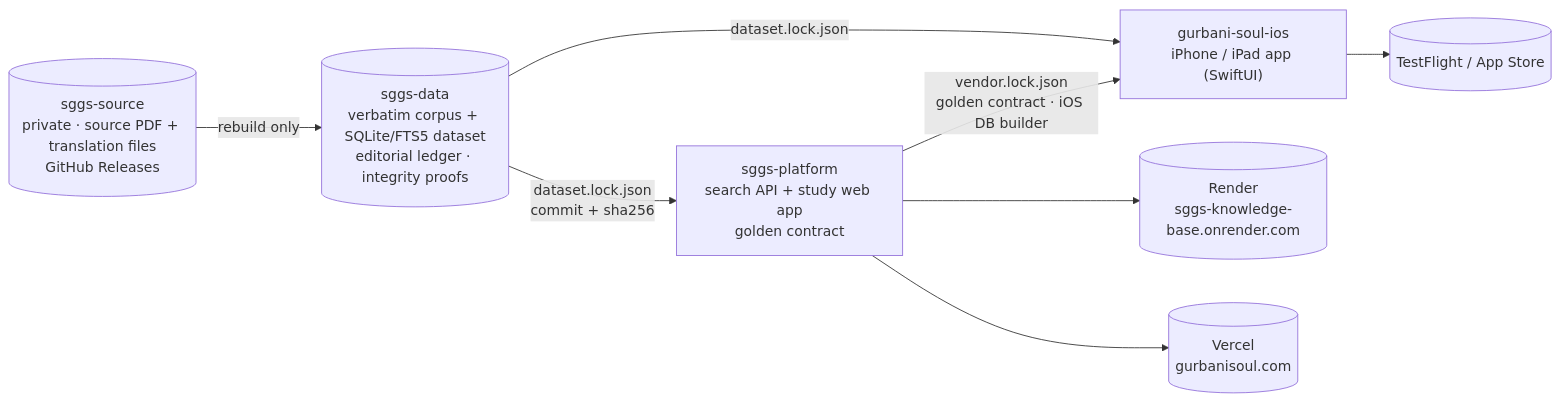
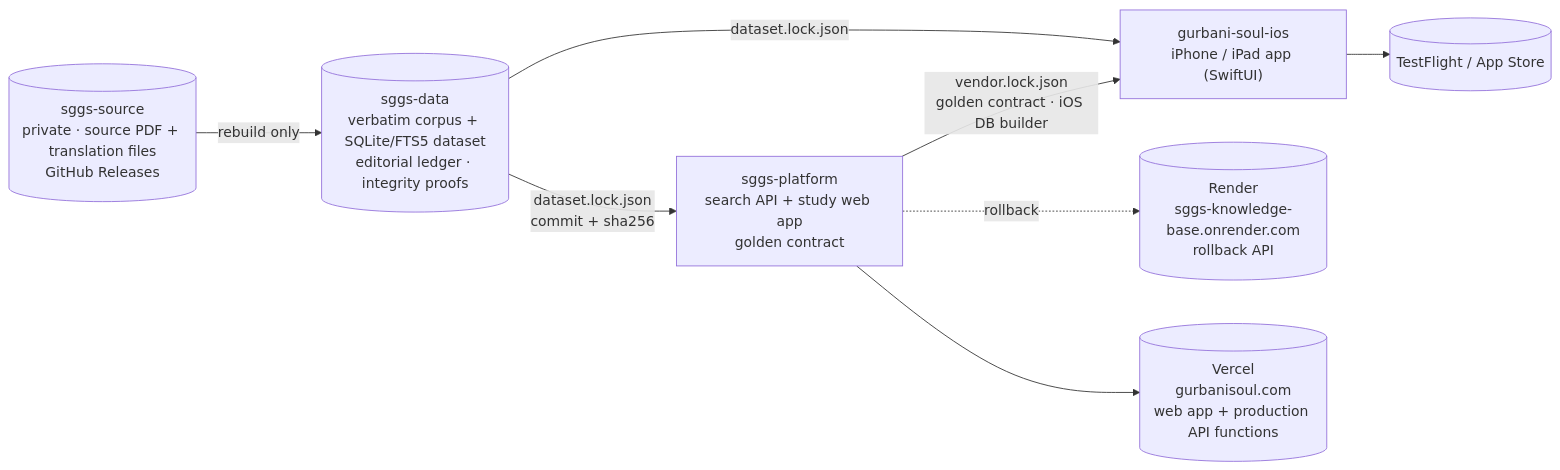
Before and after one commit to Algorythmos-AI/algorythmos-handbook: the first of 4 diagrams in docs/architecture.md, drawn with Mermaid. The commit also changed other lines of this file and 8 other files, not shown here.

````diff
--- a/docs/architecture.md
+++ b/docs/architecture.md
@@ -9,17 +9,17 @@
 ```mermaid
 flowchart LR
   src[("sggs-source<br/>private · source PDF + translation files<br/>GitHub Releases")]
   data[("sggs-data<br/>verbatim corpus + SQLite/FTS5 dataset<br/>editorial ledger · integrity proofs")]
   plat["sggs-platform<br/>search API + study web app<br/>golden contract"]
   ios["gurbani-soul-ios<br/>iPhone / iPad app (SwiftUI)"]
-  api[("Render<br/>sggs-knowledge-base.onrender.com")]
-  web[("Vercel<br/>gurbanisoul.com")]
+  api[("Render<br/>sggs-knowledge-base.onrender.com<br/>rollback API")]
+  web[("Vercel<br/>gurbanisoul.com<br/>web app + production API functions")]
   store[("TestFlight / App Store")]
   src -- "rebuild only" --> data
   data -- "dataset.lock.json<br/>commit + sha256" --> plat
   data -- "dataset.lock.json" --> ios
   plat -- "vendor.lock.json<br/>golden contract · iOS DB builder" --> ios
-  plat --> api
+  plat -. rollback .-> api
   plat --> web
   ios --> store
 ```
````
